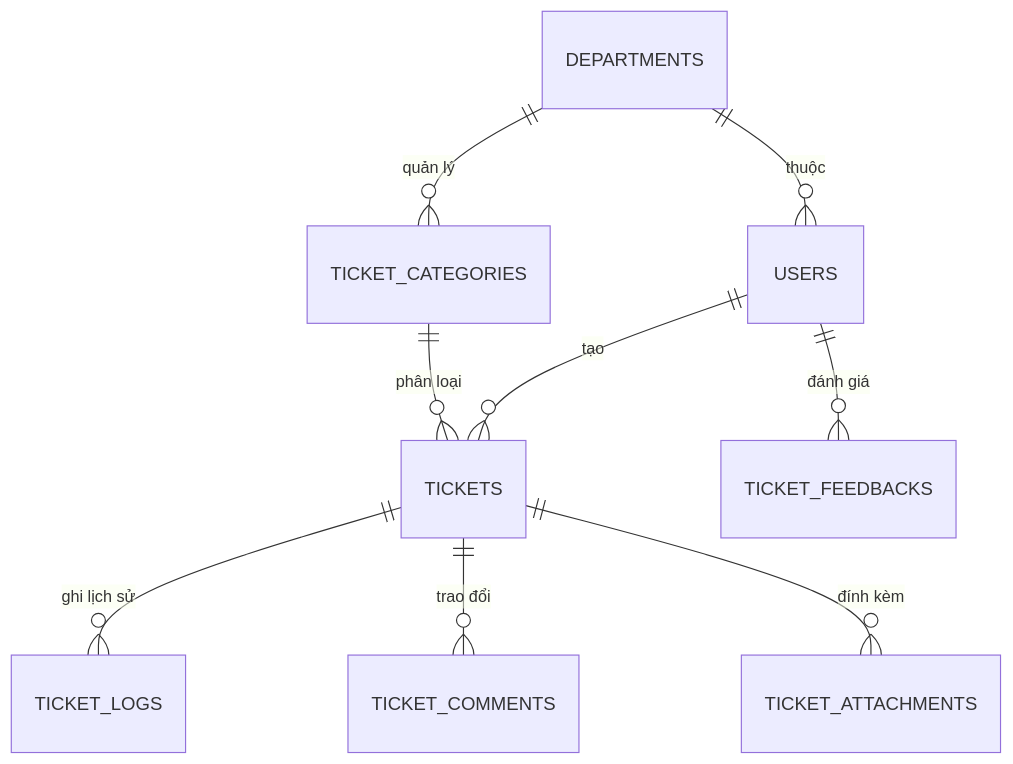
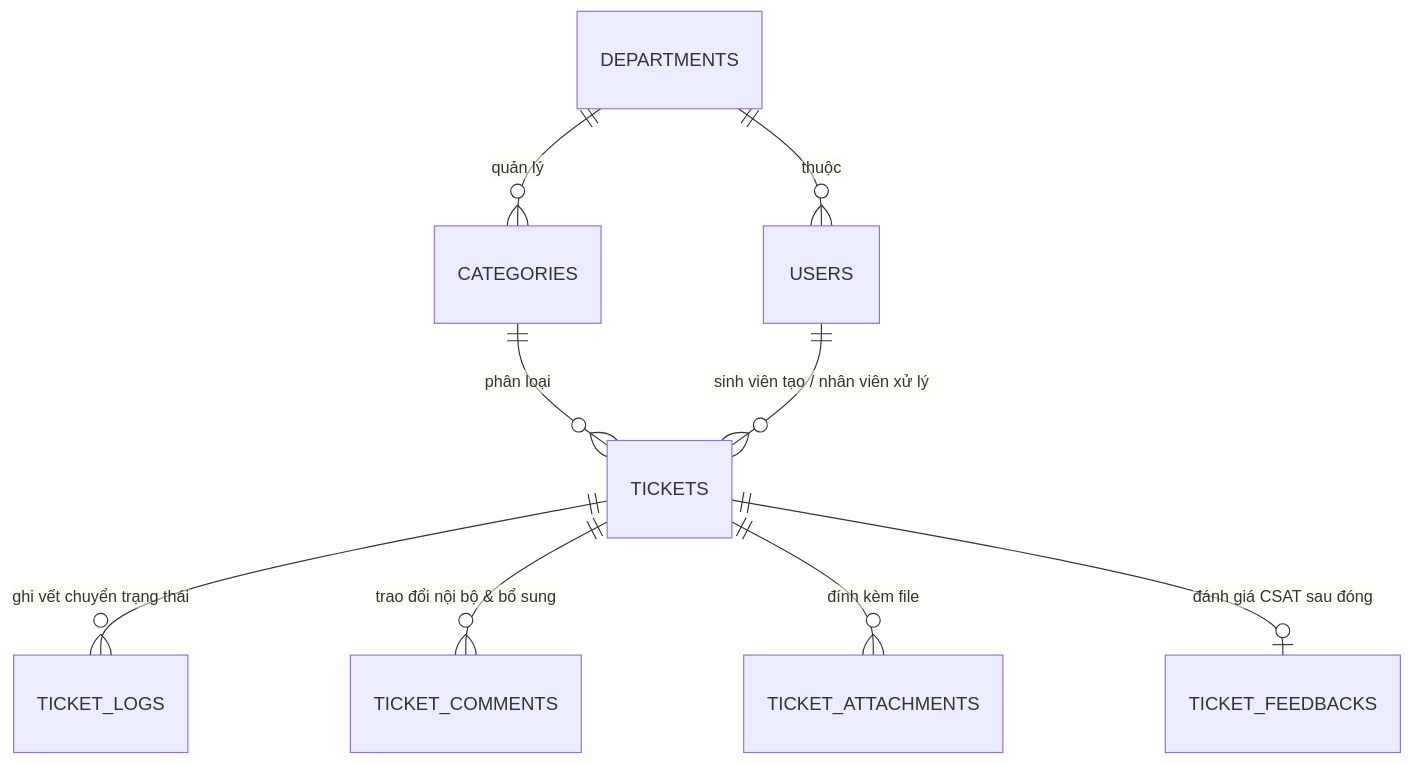
The diagram in docs/technical/co-so-du-lieu-erd.md (IvyPear/UniSupport), drawn with Mermaid before and after one commit. The commit also changed other lines of this file and 8 other files, not shown here.

````diff
--- a/docs/technical/co-so-du-lieu-erd.md
+++ b/docs/technical/co-so-du-lieu-erd.md
@@ -10,11 +11,11 @@
 ```mermaid
 erDiagram
-    USERS ||--o{ TICKETS : "tạo"
-    USERS ||--o{ TICKET_FEEDBACKS : "đánh giá"
     DEPARTMENTS ||--o{ USERS : "thuộc"
-    DEPARTMENTS ||--o{ TICKET_CATEGORIES : "quản lý"
-    TICKET_CATEGORIES ||--o{ TICKETS : "phân loại"
-    TICKETS ||--o{ TICKET_LOGS : "ghi lịch sử"
-    TICKETS ||--o{ TICKET_COMMENTS : "trao đổi"
-    TICKETS ||--o{ TICKET_ATTACHMENTS : "đính kèm"
+    DEPARTMENTS ||--o{ CATEGORIES : "quản lý"
+    CATEGORIES ||--o{ TICKETS : "phân loại"
+    USERS ||--o{ TICKETS : "sinh viên tạo / nhân viên xử lý"
+    TICKETS ||--o{ TICKET_LOGS : "ghi vết chuyển trạng thái"
+    TICKETS ||--o{ TICKET_COMMENTS : "trao đổi nội bộ & bổ sung"
+    TICKETS ||--o{ TICKET_ATTACHMENTS : "đính kèm file"
+    TICKETS ||--o| TICKET_FEEDBACKS : "đánh giá CSAT sau đóng"
 ```
````
